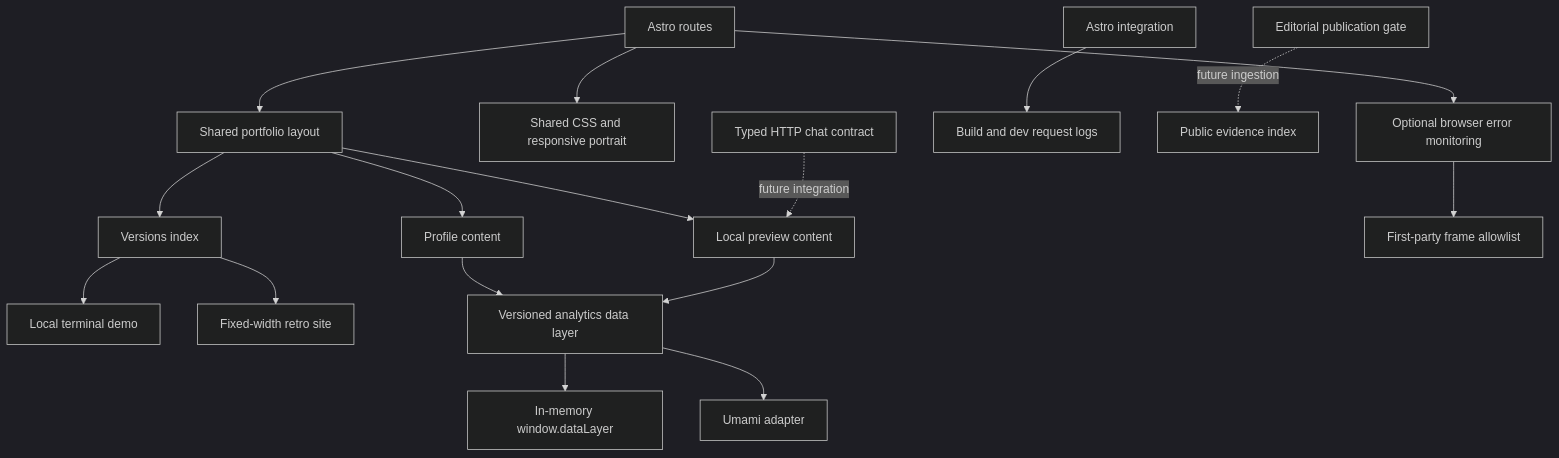
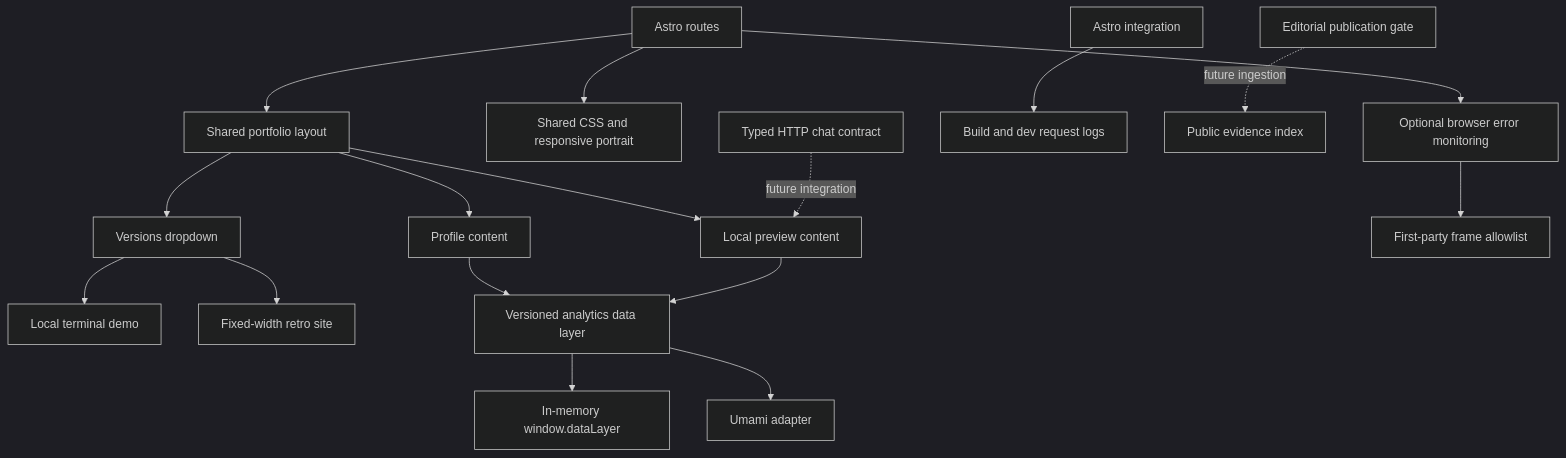
One commit to povedica/mi-cv changed the second of 4 diagrams in docs/ARCHITECTURE.md. Above: the diagram before and after it, drawn with Mermaid (dark theme). The commit also changed 15 other files, not shown here.

First line of the commit message:
Open portfolio versions from a header dropdown

````diff
--- a/docs/ARCHITECTURE.md
+++ b/docs/ARCHITECTURE.md
@@ -26,19 +26,19 @@
 ```mermaid
 flowchart TD
   Astro[Astro routes] --> Portfolio[Shared portfolio layout]
   Portfolio --> Home[Profile content]
-  Portfolio --> Versions[Versions index]
+  Portfolio --> Versions[Versions dropdown]
   Versions --> Terminal[Local terminal demo]
   Versions --> Retro[Fixed-width retro site]
   Portfolio --> Interview[Local preview content]
   Astro --> Assets[Shared CSS and responsive portrait]
   Home --> Data[Versioned analytics data layer]
   Interview --> Data
   Data --> Queue[In-memory window.dataLayer]
   Data --> Adapter[Umami adapter]
   Astro --> Errors[Optional browser error monitoring]
   Errors --> Scrubber[First-party frame allowlist]
   Config[Astro integration] --> Logs[Build and dev request logs]
   Gate[Editorial publication gate] -. future ingestion .-> Evidence[Public evidence index]
   Contract[Typed HTTP chat contract] -. future integration .-> Interview
 ```
````
